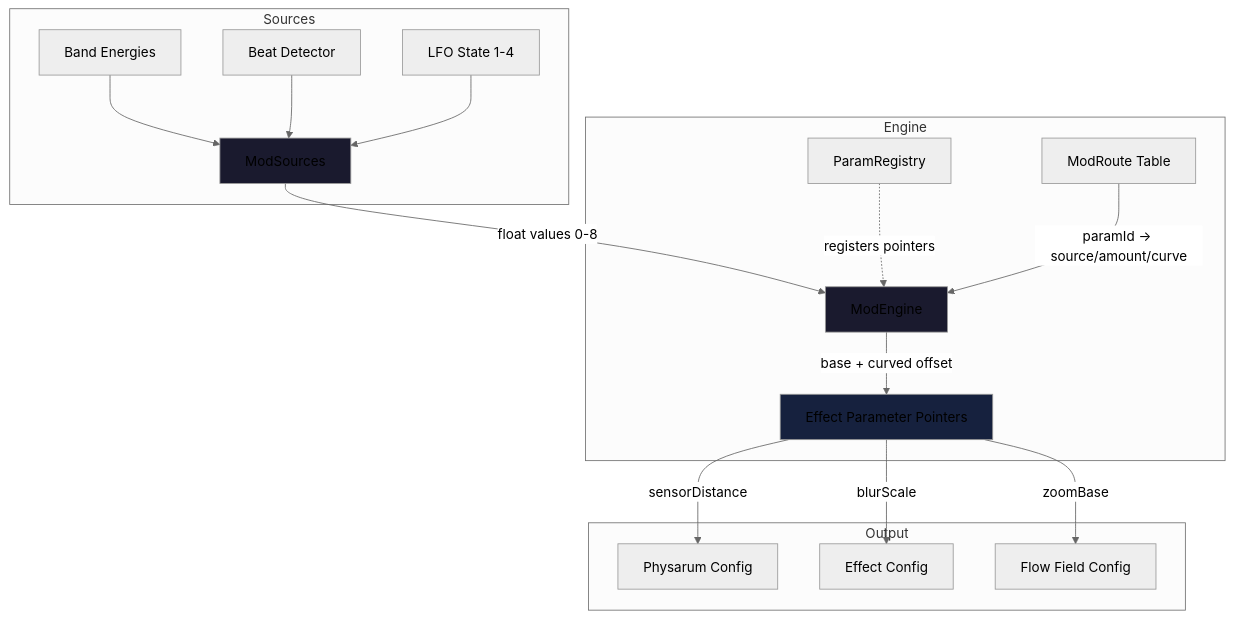
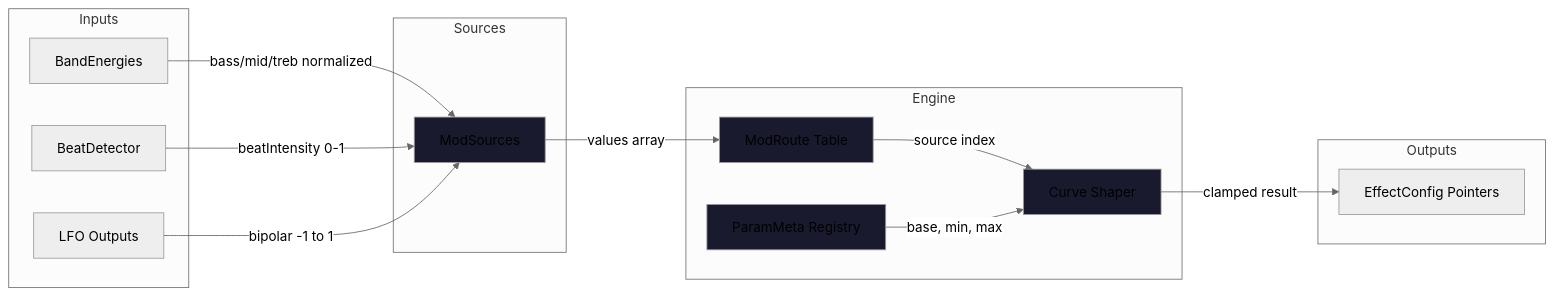
Before and after one commit to EvanLavender13/audio-jones: the diagram in docs/modules/automation.md, drawn with Mermaid (neutral theme). The commit also changed other lines of this file and 9 other files, not shown here.

First line of the commit message:
Add git-based change detection to sync-architecture command

````diff
--- a/docs/modules/automation.md
+++ b/docs/modules/automation.md
@@ -17,25 +17,35 @@
 ```mermaid
-flowchart TD
+graph LR
+    subgraph Inputs
+        A[BandEnergies]
+        B[BeatDetector]
+        C[LFO Outputs]
+    end
+
     subgraph Sources
-        A1[Band Energies] --> MS[ModSources]
-        A2[Beat Detector] --> MS
-        A3[LFO State 1-4] --> MS
+        D[ModSources]
     end
 
     subgraph Engine
-        MS -->|float values 0-8| ME[ModEngine]
-        PR[ParamRegistry] -.->|registers pointers| ME
-        ROUTES[ModRoute Table] -->|paramId → source/amount/curve| ME
-        ME -->|base + curved offset| PTRS[Effect Parameter Pointers]
+        E[ModRoute Table]
+        F[ParamMeta Registry]
+        G[Curve Shaper]
     end
 
-    subgraph Output
-        PTRS -->|sensorDistance| P1[Physarum Config]
-        PTRS -->|blurScale| P2[Effect Config]
-        PTRS -->|zoomBase| P3[Flow Field Config]
+    subgraph Outputs
+        H[EffectConfig Pointers]
     end
 
-    style MS fill:#1a1a2e
-    style ME fill:#1a1a2e
-    style PTRS fill:#16213e
+    A -->|bass/mid/treb normalized| D
+    B -->|beatIntensity 0-1| D
+    C -->|bipolar -1 to 1| D
+    D -->|values array| E
+    E -->|source index| G
+    F -->|base, min, max| G
+    G -->|clamped result| H
+
+    style D fill:#1a1a2e
+    style E fill:#1a1a2e
+    style F fill:#1a1a2e
+    style G fill:#1a1a2e
 ```
````
